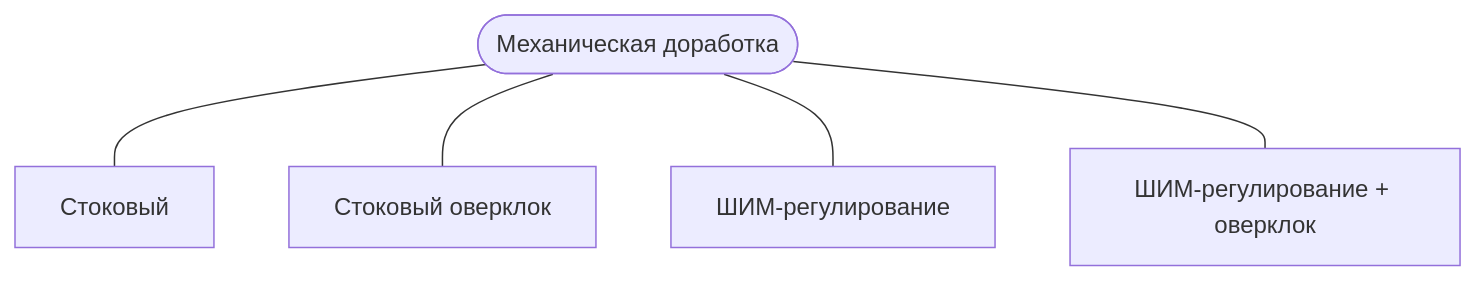
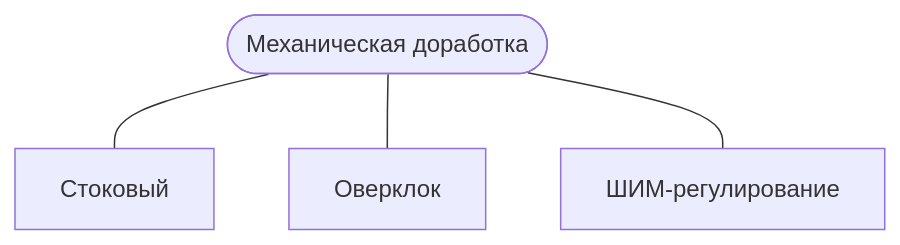
One commit to ufrs12/OLTA-5mW-405nm-laser changed the diagram in README.md. Above: the diagram before and after it, drawn with Mermaid.

````diff
--- a/README.md
+++ b/README.md
@@ -7,9 +7,8 @@
 ```mermaid
 flowchart
 
 	n18@{ shape: "stadium", label: "Механическая доработка" }
 	n18 --- n12["Стоковый"]
-	n18 --- n13["Стоковый оверклок"]
+	n18 --- n13["Оверклок"]
 	n18 --- n14["ШИМ-регулирование"]
-	n18 --- n17["ШИМ-регулирование + оверклок"]
 ```
````
